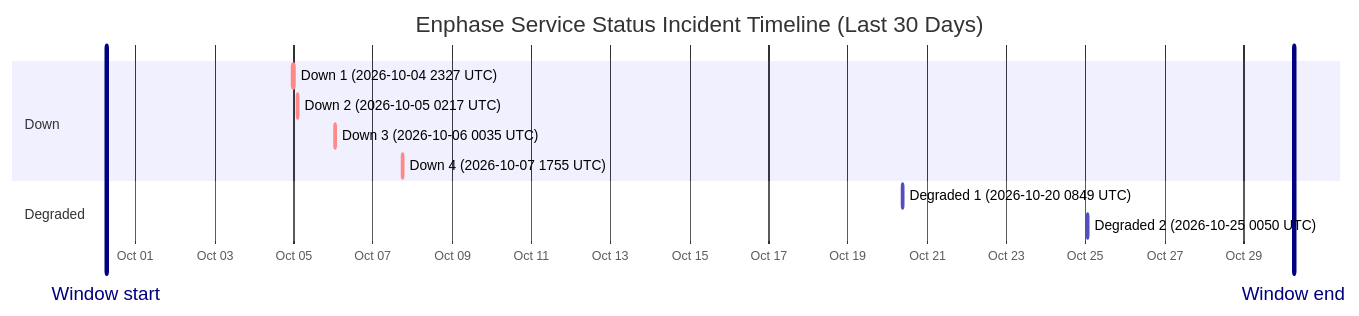
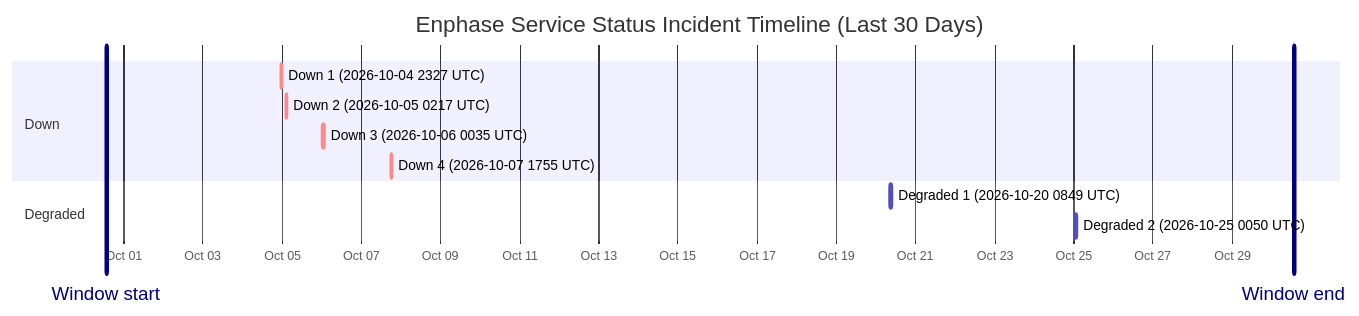
Before and after one commit to barneyonline/ha-enphase-energy: the diagram in wiki/Service-Status-History.md, drawn with Mermaid. The commit also changed other lines of this file and 3 other files, not shown here.

````diff
--- a/wiki/Service-Status-History.md
+++ b/wiki/Service-Status-History.md
@@ -14,16 +14,16 @@
 ```mermaid
 gantt
     title Enphase Service Status Incident Timeline (Last 30 Days)
     dateFormat  YYYY-MM-DDTHH:mm:ss
     axisFormat  %b %d
-    Window start :vert, window-start, 2026-09-30T06:12:06, 0ms
-    Window end :vert, window-end, 2026-10-30T06:12:06, 0ms
+    Window start :vert, window-start, 2026-09-30T13:18:47, 0ms
+    Window end :vert, window-end, 2026-10-30T13:18:47, 0ms
     section Down
     Down 1 (2026-10-04 2327 UTC) :crit, down-1, 2026-10-04T23:27:34, 60m
     Down 2 (2026-10-05 0217 UTC) :crit, down-2, 2026-10-05T02:17:30, 60m
     Down 3 (2026-10-06 0035 UTC) :crit, down-3, 2026-10-06T00:35:21, 60m
     Down 4 (2026-10-07 1755 UTC) :crit, down-4, 2026-10-07T17:55:16, 60m
     section Degraded
     Degraded 1 (2026-10-20 0849 UTC) :active, degraded-1, 2026-10-20T08:49:49, 60m
     Degraded 2 (2026-10-25 0050 UTC) :active, degraded-2, 2026-10-25T00:50:01, 60m
 ```
````
